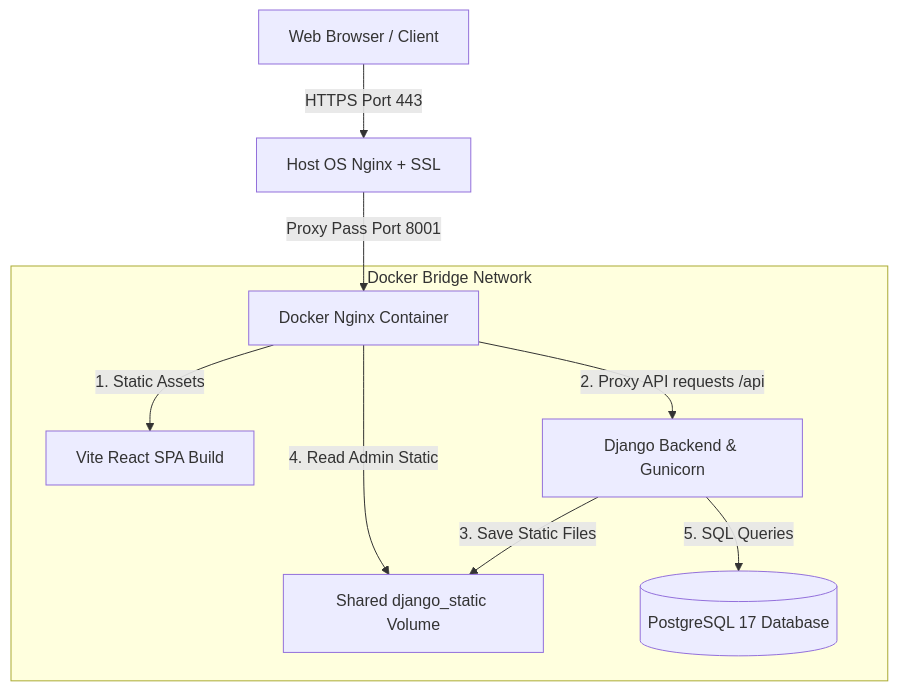
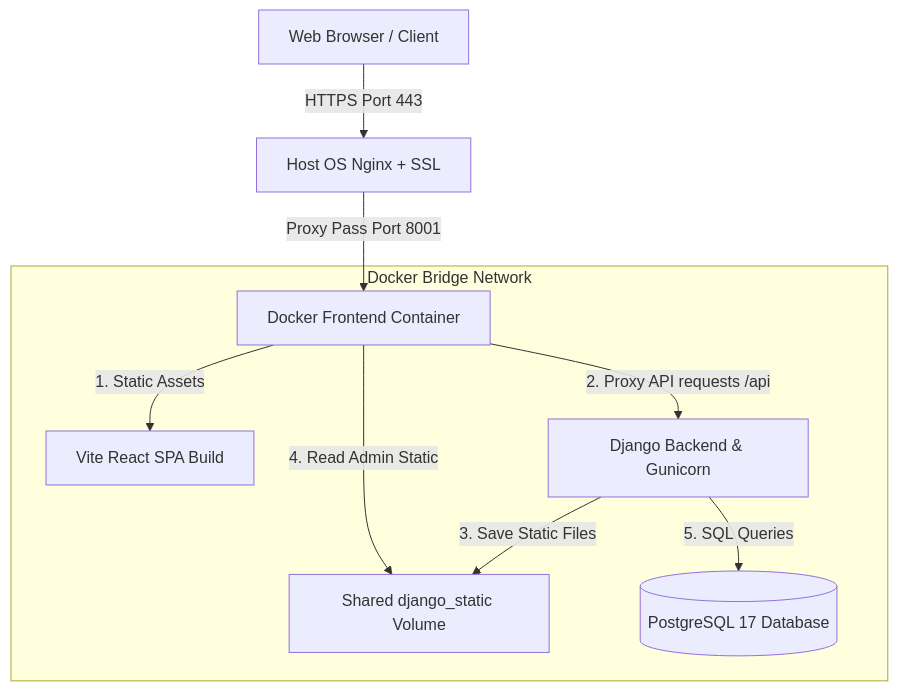
The diagram in DEPLOYMENT.md (PrakashKumarSahu/RepairBharat), drawn with Mermaid before and after one commit. The commit also changed other lines of this file and 1 other file, not shown here.

Commit message:
Frontend Service Created

````diff
--- a/DEPLOYMENT.md
+++ b/DEPLOYMENT.md
@@ -15,13 +15,13 @@
 ```mermaid
 graph TD
     Client[Web Browser / Client] -->|HTTPS Port 443| HostNginx[Host OS Nginx + SSL]
-    HostNginx -->|Proxy Pass Port 8001| DockerNginx[Docker Nginx Container]
+    HostNginx -->|Proxy Pass Port 8001| DockerFrontend[Docker Frontend Container]
     
     subgraph Docker Bridge Network
-        DockerNginx -->|1. Static Assets| ReactSPA[Vite React SPA Build]
-        DockerNginx -->|2. Proxy API requests /api| Django[Django Backend & Gunicorn]
+        DockerFrontend -->|1. Static Assets| ReactSPA[Vite React SPA Build]
+        DockerFrontend -->|2. Proxy API requests /api| Django[Django Backend & Gunicorn]
         Django -->|3. Save Static Files| Vol[Shared django_static Volume]
-        DockerNginx -->|4. Read Admin Static| Vol
+        DockerFrontend -->|4. Read Admin Static| Vol
         Django -->|5. SQL Queries| Postgres[(PostgreSQL 17 Database)]
     end
 ```
````
